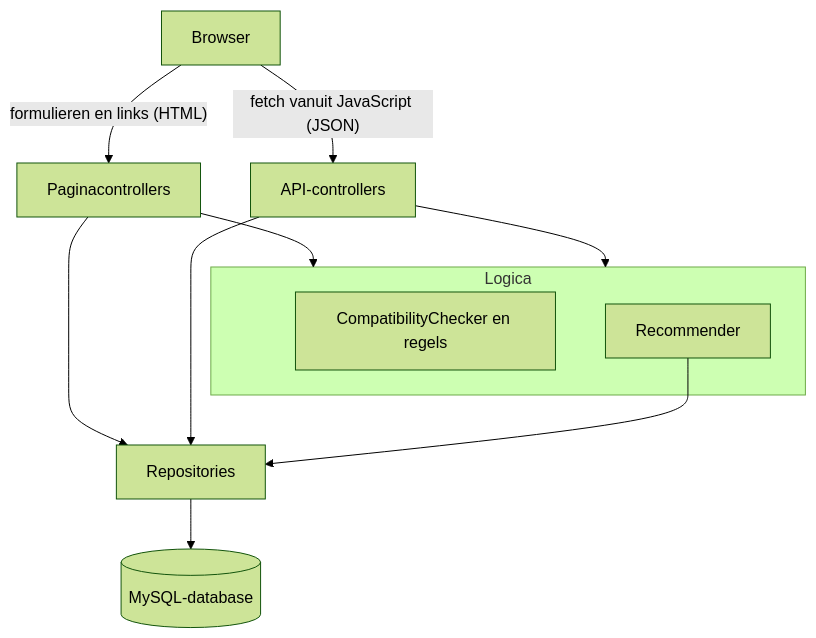
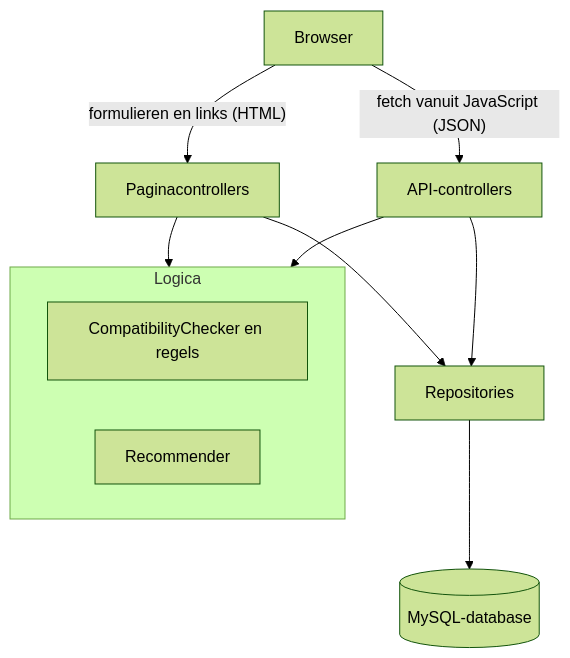
One commit to Niels023/pc-bouwplanner changed the first of 9 diagrams in docs/ontwerp.md. Above: the diagram before and after it, drawn with Mermaid (forest theme). The commit also changed other lines of this file and 4 other files, not shown here.

````diff
--- a/docs/ontwerp.md
+++ b/docs/ontwerp.md
@@ -9,16 +9,15 @@
 ```mermaid
 flowchart TB
     browser[Browser]
     browser -->|"formulieren en links (HTML)"| pages[Paginacontrollers]
     browser -->|"fetch vanuit JavaScript (JSON)"| api[API-controllers]
     subgraph logica [Logica]
         checker[CompatibilityChecker en regels]
         recommender[Recommender]
     end
     pages --> logica
     api --> logica
     pages --> repos[Repositories]
     api --> repos
-    recommender --> repos
     repos --> db[(MySQL-database)]
 ```
````
